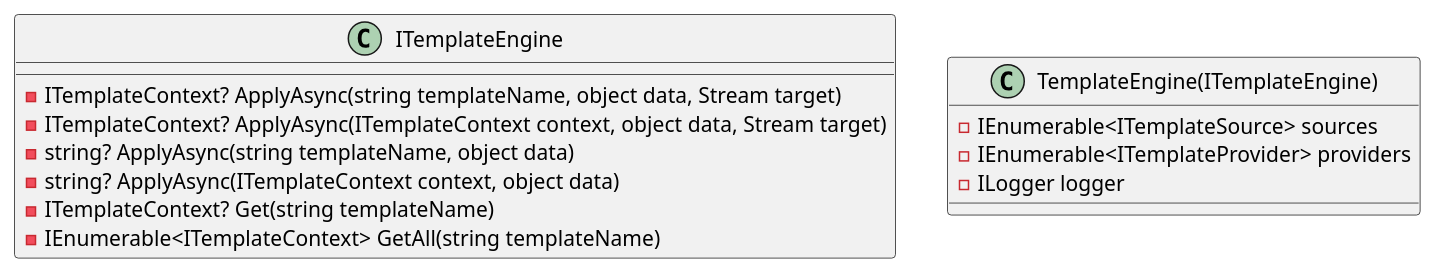
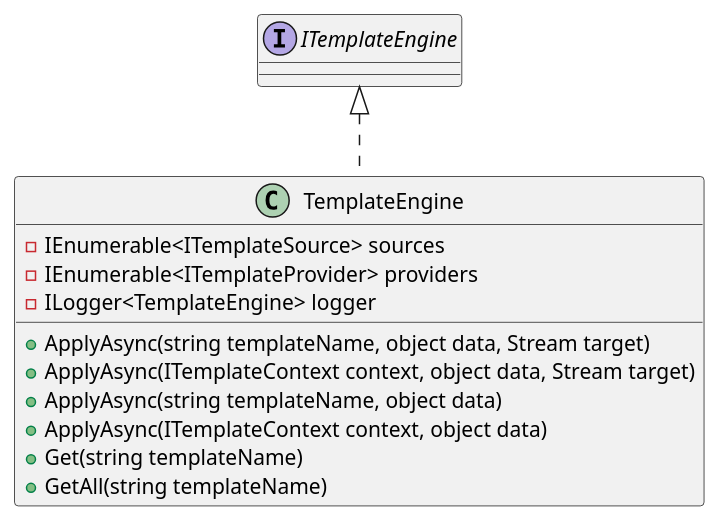
One commit to mwwhited-forks/dotnet-libs changed the fourth of 5 diagrams in docs/generated/Framework/Eliassen.System/Text/Templating/Documentation.md. Above: the diagram before and after it, drawn with PlantUML. The commit also changed other lines of this file and 444 other files, not shown here.

````diff
--- a/docs/generated/Framework/Eliassen.System/Text/Templating/Documentation.md
+++ b/docs/generated/Framework/Eliassen.System/Text/Templating/Documentation.md
@@ -65,18 +106,17 @@
 ```plantuml
 @startuml
-class ITemplateEngine {
-    - ITemplateContext? ApplyAsync(string templateName, object data, Stream target)
-    - ITemplateContext? ApplyAsync(ITemplateContext context, object data, Stream target)
-    - string? ApplyAsync(string templateName, object data)
-    - string? ApplyAsync(ITemplateContext context, object data)
-    - ITemplateContext? Get(string templateName)
-    - IEnumerable<ITemplateContext> GetAll(string templateName)
+class TemplateEngine implements ITemplateEngine {
+  - IEnumerable<ITemplateSource> sources
+  - IEnumerable<ITemplateProvider> providers
+  - ILogger<TemplateEngine> logger
+
+  + ApplyAsync(string templateName, object data, Stream target)
+  + ApplyAsync(ITemplateContext context, object data, Stream target)
+  + ApplyAsync(string templateName, object data)
+  + ApplyAsync(ITemplateContext context, object data)
+  + Get(string templateName)
+  + GetAll(string templateName)
 }
 
-class TemplateEngine(ITemplateEngine) {
-    - IEnumerable<ITemplateSource> sources
-    - IEnumerable<ITemplateProvider> providers
-    - ILogger logger
-}
 @enduml
 ```
````
